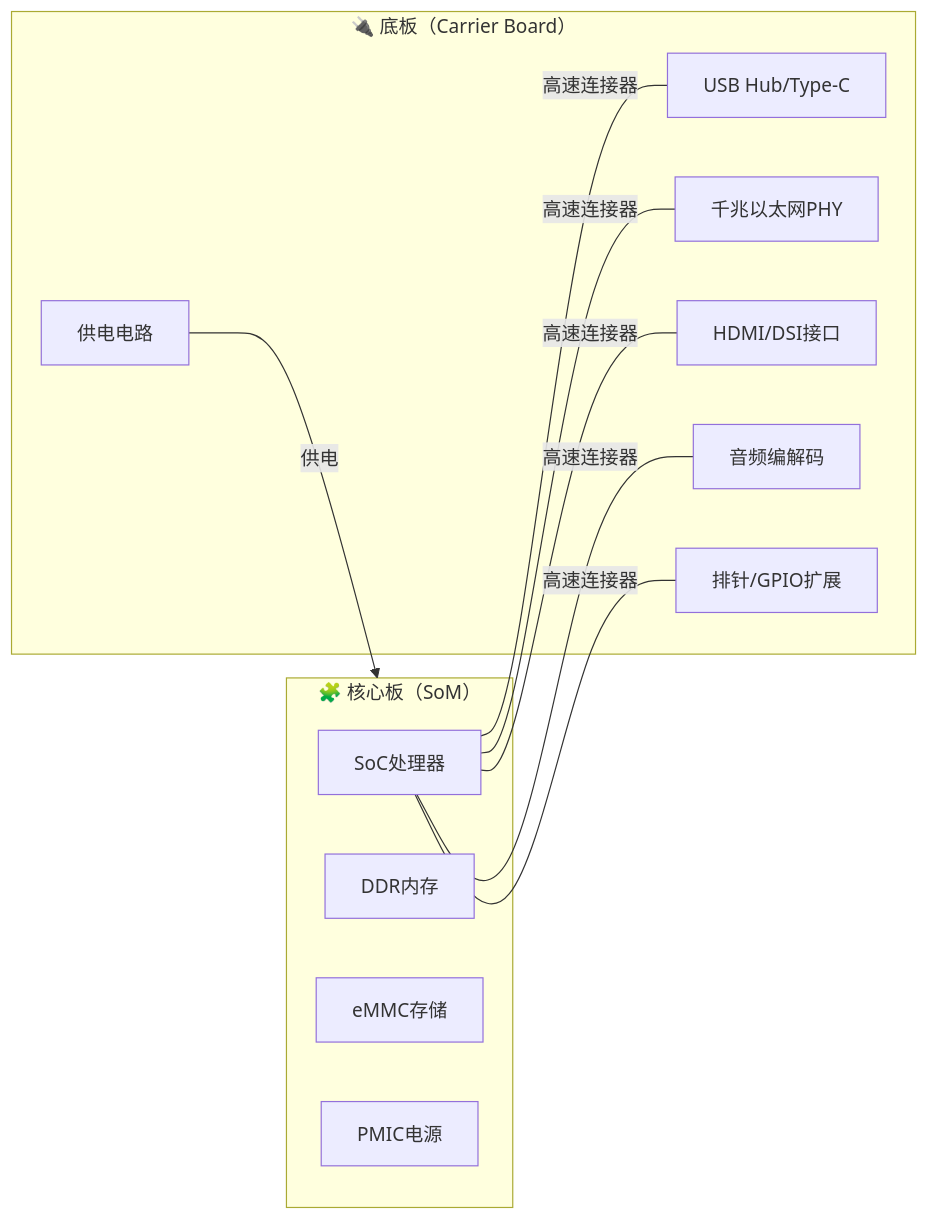
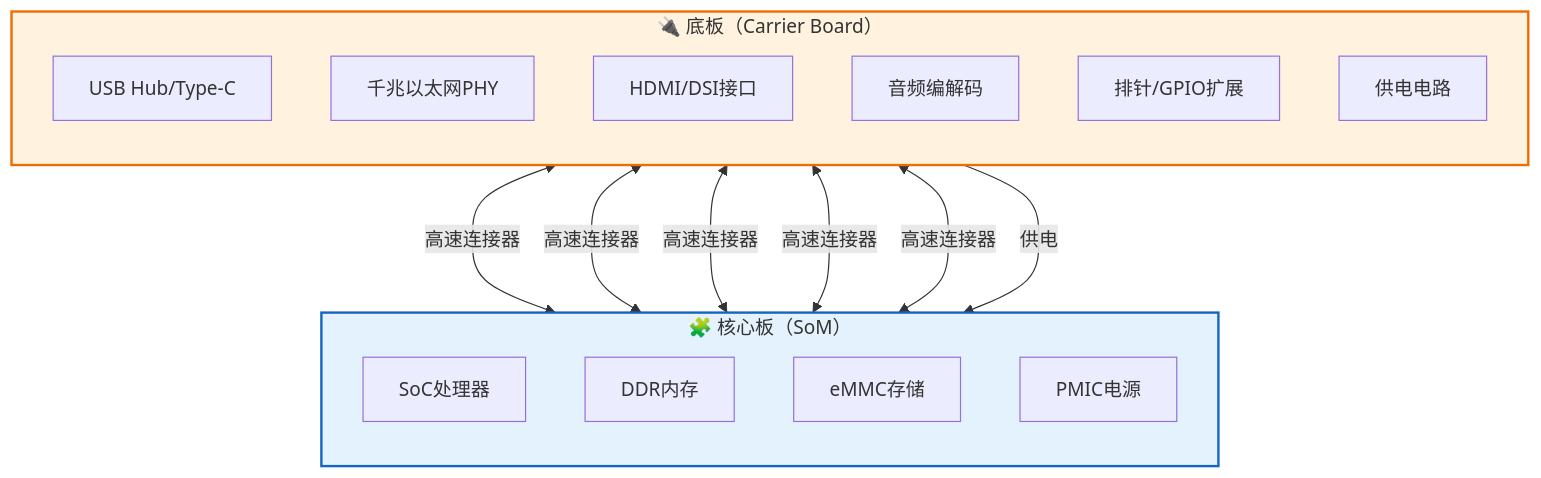
Before and after one commit to xiaohong0925/Embedded_Knowledge_System_V2026: the diagram in docs/01-系统启动与运行/第1章 认识你的开发板/1.2.1_主流开发板形态一览.md, drawn with Mermaid. The commit also changed other lines of this file and 8 other files, not shown here.

````diff
--- a/docs/01-系统启动与运行/第1章 认识你的开发板/1.2.1_主流开发板形态一览.md
+++ b/docs/01-系统启动与运行/第1章 认识你的开发板/1.2.1_主流开发板形态一览.md
@@ -40,25 +42,30 @@
 ```mermaid
-graph LR
-    subgraph 核心板["🧩 核心板（SoM）"]
-        A[SoC处理器]
-        B[DDR内存]
-        C[eMMC存储]
-        D[PMIC电源]
-    end
-
+graph BT
     subgraph 底板["🔌 底板（Carrier Board）"]
+        direction TB
         E[USB Hub/Type-C]
         F[千兆以太网PHY]
         G[HDMI/DSI接口]
         H[音频编解码]
         I[排针/GPIO扩展]
         J[供电电路]
     end
 
-    A ---|高速连接器| E
-    A ---|高速连接器| F
-    A ---|高速连接器| G
-    A ---|高速连接器| H
-    A ---|高速连接器| I
-    J -->|供电| 核心板
+    subgraph 核心板["🧩 核心板（SoM）"]
+        direction TB
+        A[SoC处理器]
+        B[DDR内存]
+        C[eMMC存储]
+        D[PMIC电源]
+    end
+
+    A <--->|高速连接器| E
+    A <--->|高速连接器| F
+    A <--->|高速连接器| G
+    A <--->|高速连接器| H
+    A <--->|高速连接器| I
+    J -->|供电| D
+
+    style 核心板 fill:#e3f2fd,stroke:#1565c0,stroke-width:2px
+    style 底板 fill:#fff3e0,stroke:#ef6c00,stroke-width:2px
 ```
````
